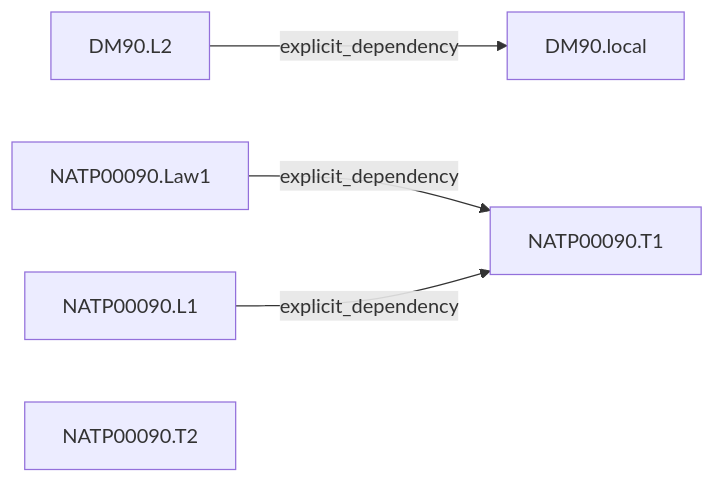
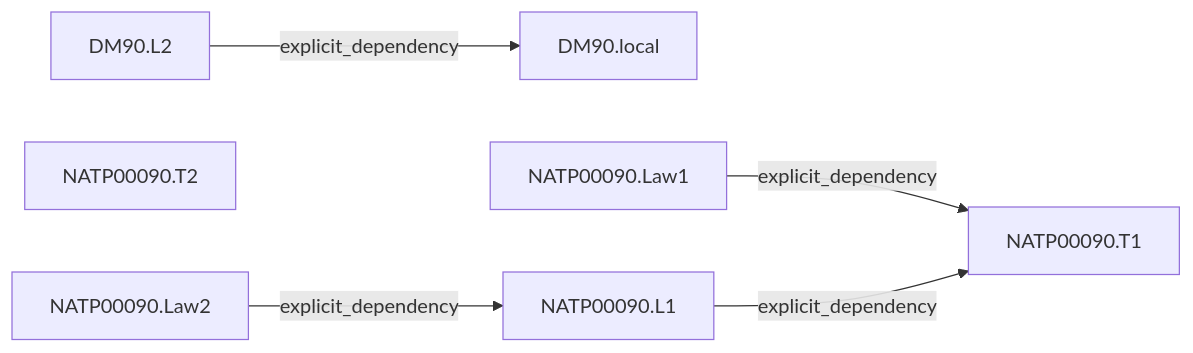
Before and after one commit to arivero/newtonlean: the fifth of 8 diagrams in research/graphs.md, drawn with Mermaid. The commit also changed other lines of this file and 63 other files, not shown here.

````diff
--- a/research/graphs.md
+++ b/research/graphs.md
@@ -149,12 +159,14 @@
 ```mermaid
 flowchart LR
   n1["DM90.L2"]
   n2["DM90.local"]
   n21["NATP00090.T1"]
   n53["NATP00090.Law1"]
   n54["NATP00090.L1"]
   n55["NATP00090.T2"]
+  n81["NATP00090.Law2"]
   n53 -->|explicit_dependency| n21
   n54 -->|explicit_dependency| n21
   n1 -->|explicit_dependency| n2
+  n81 -->|explicit_dependency| n54
 ```
````
